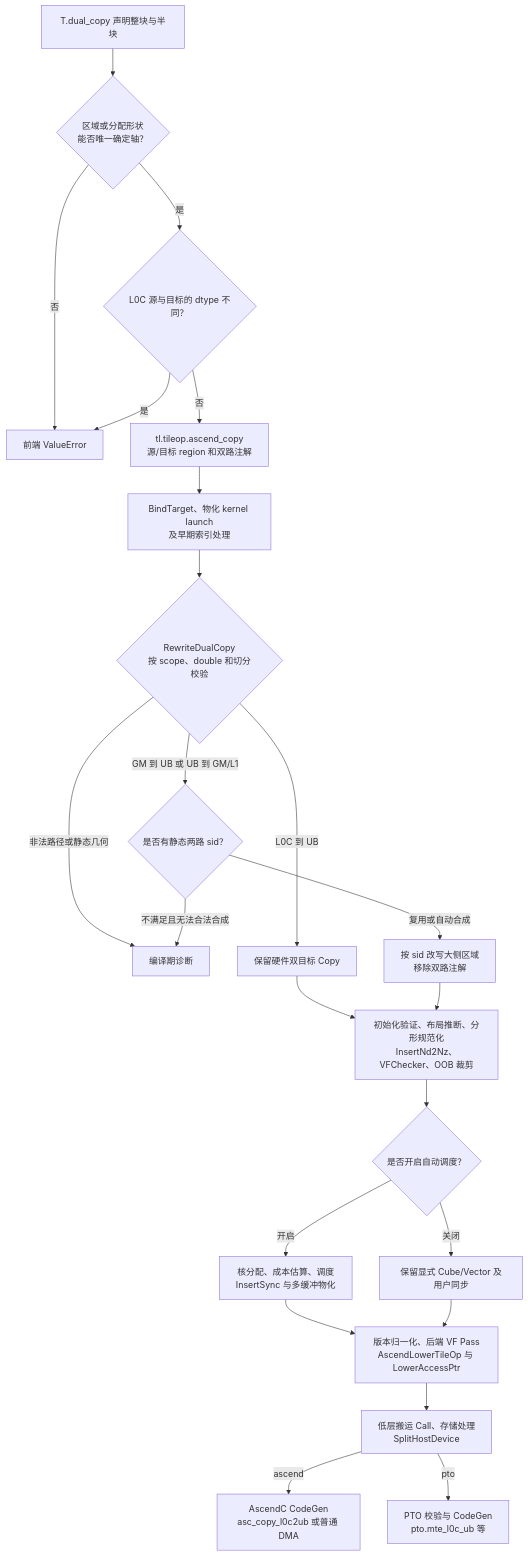
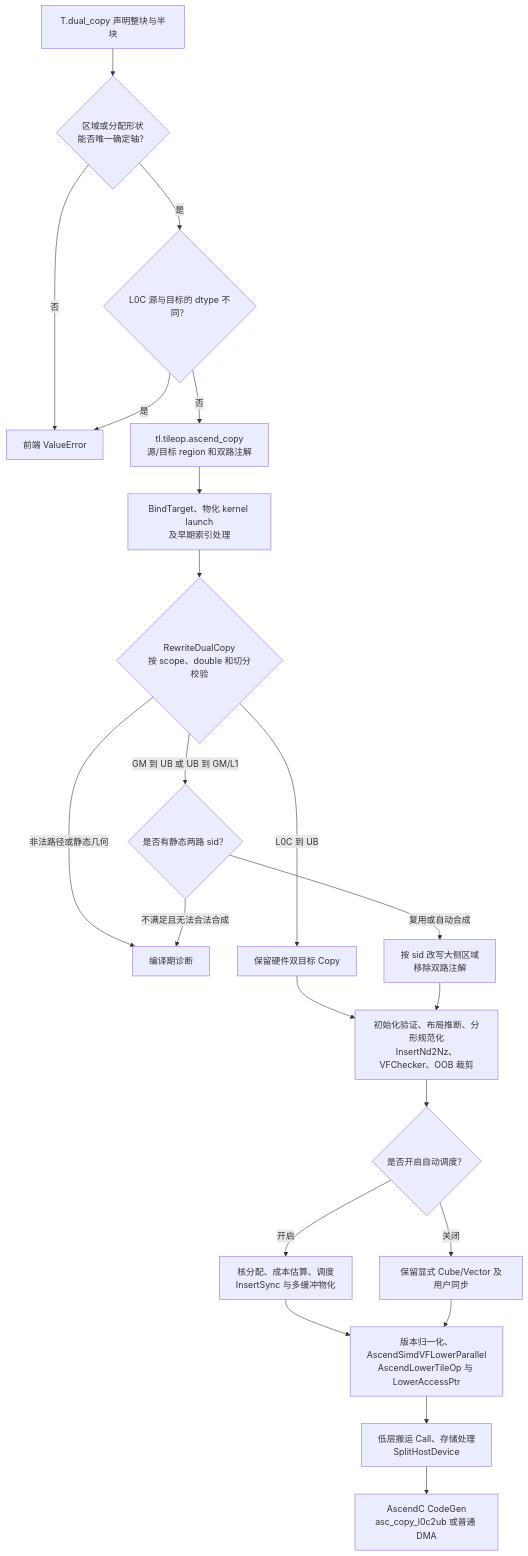
Before and after one commit to yyyy999/tilelang: the third of 4 diagrams in docs/设计文档/Dual_Copy_SR_Design.md, drawn with Mermaid. The commit also changed other lines of this file, not shown here.

````diff
--- a/docs/设计文档/Dual_Copy_SR_Design.md
+++ b/docs/设计文档/Dual_Copy_SR_Design.md
@@ -106,25 +104,24 @@
 ```mermaid
 flowchart TD
     DSL["T.dual_copy 声明整块与半块"] --> AXIS{"区域或分配形状<br/>能否唯一确定轴？"}
     AXIS -->|否| DSLERR["前端 ValueError"]
     AXIS -->|是| DTYPE{"L0C 源与目标的 dtype 不同？"}
     DTYPE -->|是| DSLERR
     DTYPE -->|否| IR["tl.tileop.ascend_copy<br/>源/目标 region 和双路注解"]
     IR --> ENTRY["BindTarget、物化 kernel launch<br/>及早期索引处理"]
     ENTRY --> ROUTE{"RewriteDualCopy<br/>按 scope、double 和切分校验"}
     ROUTE -->|非法路径或静态几何| COMPILEERR["编译期诊断"]
     ROUTE -->|L0C 到 UB| HW["保留硬件双目标 Copy"]
     ROUTE -->|GM 到 UB 或 UB 到 GM/L1| SID{"是否有静态两路 sid？"}
     SID -->|不满足且无法合法合成| COMPILEERR
     SID -->|复用或自动合成| SW["按 sid 改写大侧区域<br/>移除双路注解"]
     HW --> PRE["初始化验证、布局推断、分形规范化<br/>InsertNd2Nz、VFChecker、OOB 裁剪"]
     SW --> PRE
     PRE --> SCHED{"是否开启自动调度？"}
     SCHED -->|开启| AUTO["核分配、成本估算、调度<br/>InsertSync 与多缓冲物化"]
     SCHED -->|关闭| MANUAL["保留显式 Cube/Vector 及用户同步"]
-    AUTO --> LOWER["版本归一化、后端 VF Pass<br/>AscendLowerTileOp 与 LowerAccessPtr"]
+    AUTO --> LOWER["版本归一化、AscendSimdVFLowerParallel<br/>AscendLowerTileOp 与 LowerAccessPtr"]
     MANUAL --> LOWER
     LOWER --> DESC["低层搬运 Call、存储处理<br/>SplitHostDevice"]
-    DESC -->|ascend| AC["AscendC CodeGen<br/>asc_copy_l0c2ub 或普通 DMA"]
-    DESC -->|pto| PTO["PTO 校验与 CodeGen<br/>pto.mte_l0c_ub 等"]
+    DESC --> AC["AscendC CodeGen<br/>asc_copy_l0c2ub 或普通 DMA"]
 ```
````
